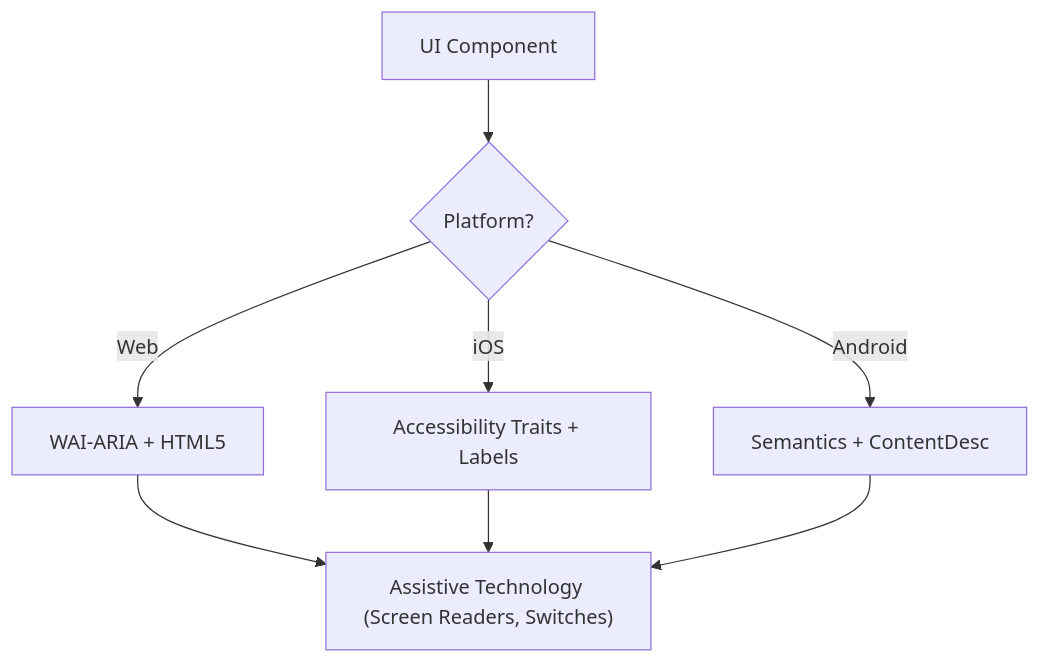
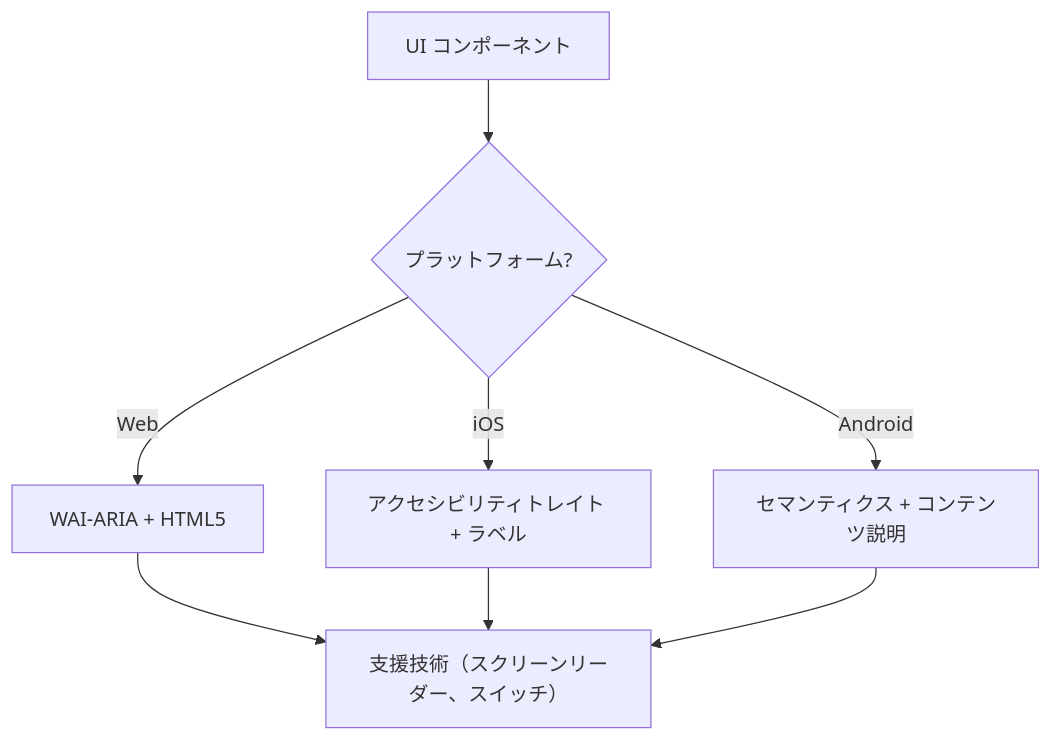
One commit to kurtkim80/skills changed the diagram in collected_assets/skills/accessibility/SKILL.md. Above: the diagram before and after it, drawn with Mermaid. The commit also changed other lines of this file and 1657 other files, not shown here.

````diff
--- a/collected_assets/skills/accessibility/SKILL.md
+++ b/collected_assets/skills/accessibility/SKILL.md
@@ -57,11 +57,11 @@
 ```mermaid
 flowchart TD
-  UI["UI Component"] --> Platform{Platform?}
+  UI["UI コンポーネント"] --> Platform{プラットフォーム?}
   Platform -->|Web| ARIA["WAI-ARIA + HTML5"]
-  Platform -->|iOS| SwiftUI["Accessibility Traits + Labels"]
-  Platform -->|Android| Compose["Semantics + ContentDesc"]
+  Platform -->|iOS| SwiftUI["アクセシビリティトレイト + ラベル"]
+  Platform -->|Android| Compose["セマンティクス + コンテンツ説明"]
 
-  ARIA --> AT["Assistive Technology (Screen Readers, Switches)"]
+  ARIA --> AT["支援技術（スクリーンリーダー、スイッチ）"]
   SwiftUI --> AT
   Compose --> AT
 ```
````
